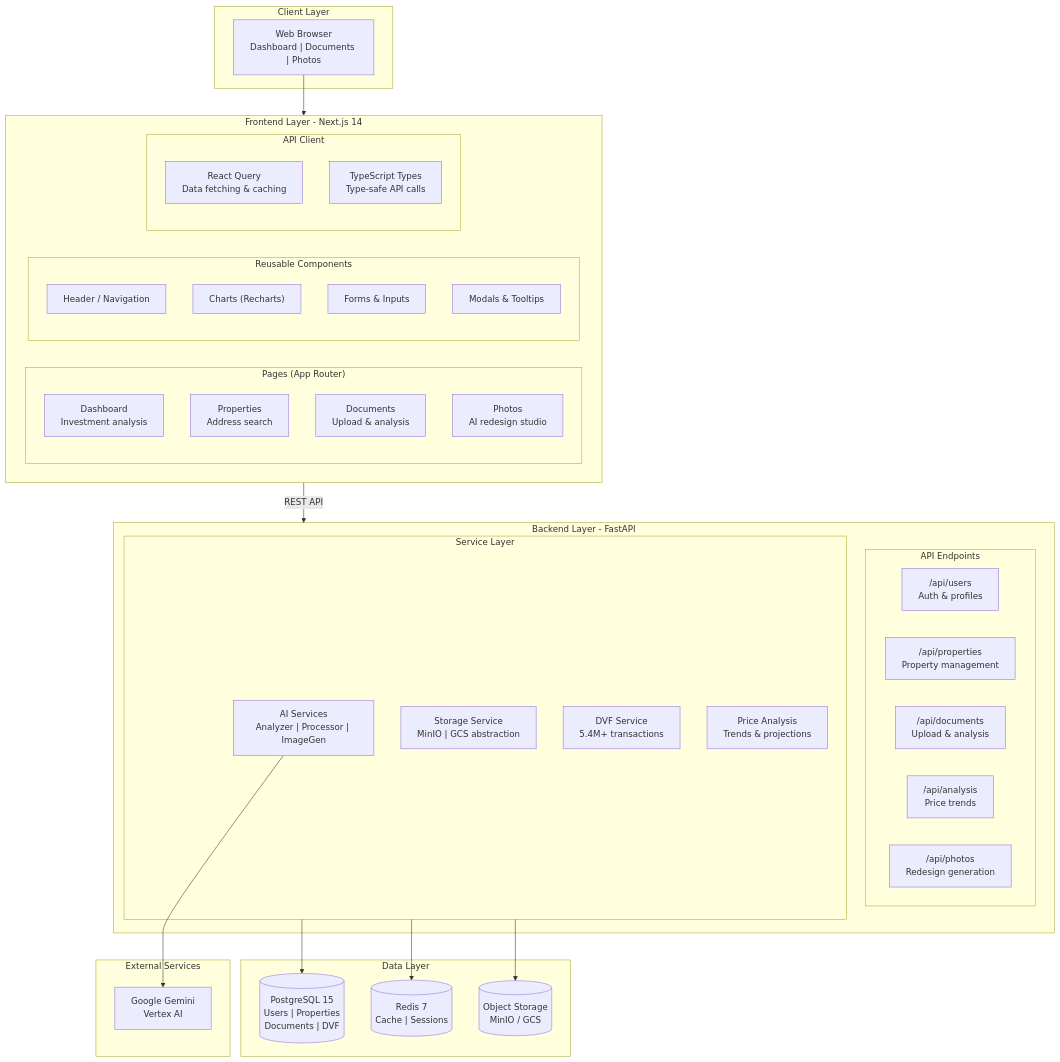
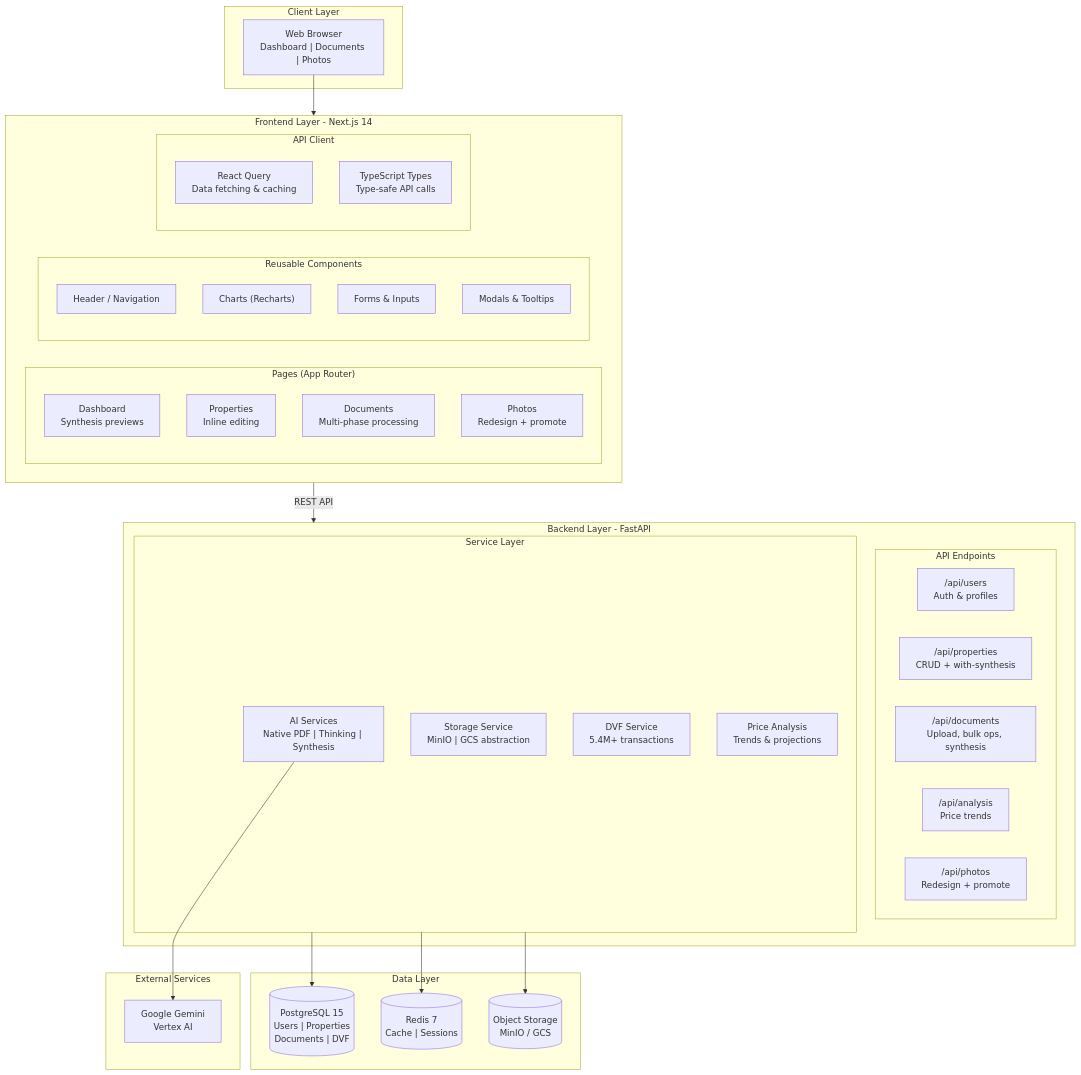
The first of 9 diagrams in docs/architecture/overview.md (benjamin-karaoglan/AppArtAgent), drawn with Mermaid before and after one commit. The commit also changed other lines of this file and 10 other files, not shown here.

````diff
--- a/docs/architecture/overview.md
+++ b/docs/architecture/overview.md
@@ -5,61 +5,61 @@
 ```mermaid
 flowchart TB
     subgraph ClientLayer["Client Layer"]
         Browser["Web Browser<br/>Dashboard | Documents | Photos"]
     end
 
     subgraph FrontendLayer["Frontend Layer - Next.js 14"]
         subgraph Pages["Pages (App Router)"]
-            P1["Dashboard<br/>Investment analysis"]
-            P2["Properties<br/>Address search"]
-            P3["Documents<br/>Upload & analysis"]
-            P4["Photos<br/>AI redesign studio"]
+            P1["Dashboard<br/>Synthesis previews"]
+            P2["Properties<br/>Inline editing"]
+            P3["Documents<br/>Multi-phase processing"]
+            P4["Photos<br/>Redesign + promote"]
         end
 
         subgraph Components["Reusable Components"]
             C1["Header / Navigation"]
             C2["Charts (Recharts)"]
             C3["Forms & Inputs"]
             C4["Modals & Tooltips"]
         end
 
         subgraph APIClient["API Client"]
             AC1["React Query<br/>Data fetching & caching"]
             AC2["TypeScript Types<br/>Type-safe API calls"]
         end
     end
 
     subgraph BackendLayer["Backend Layer - FastAPI"]
         subgraph Endpoints["API Endpoints"]
             E1["/api/users<br/>Auth & profiles"]
-            E2["/api/properties<br/>Property management"]
-            E3["/api/documents<br/>Upload & analysis"]
+            E2["/api/properties<br/>CRUD + with-synthesis"]
+            E3["/api/documents<br/>Upload, bulk ops, synthesis"]
             E4["/api/analysis<br/>Price trends"]
-            E5["/api/photos<br/>Redesign generation"]
+            E5["/api/photos<br/>Redesign + promote"]
         end
 
         subgraph Services["Service Layer"]
-            S1["AI Services<br/>Analyzer | Processor | ImageGen"]
+            S1["AI Services<br/>Native PDF | Thinking | Synthesis"]
             S2["Storage Service<br/>MinIO | GCS abstraction"]
             S3["DVF Service<br/>5.4M+ transactions"]
             S4["Price Analysis<br/>Trends & projections"]
         end
     end
 
     subgraph DataLayer["Data Layer"]
         PostgreSQL[("PostgreSQL 15<br/>Users | Properties<br/>Documents | DVF")]
         Redis[("Redis 7<br/>Cache | Sessions")]
         Storage[("Object Storage<br/>MinIO / GCS")]
     end
 
     subgraph ExternalLayer["External Services"]
         Gemini["Google Gemini<br/>Vertex AI"]
     end
 
     Browser --> FrontendLayer
     FrontendLayer -->|"REST API"| BackendLayer
     Services --> PostgreSQL
     Services --> Redis
     Services --> Storage
     S1 --> Gemini
 ```
````
